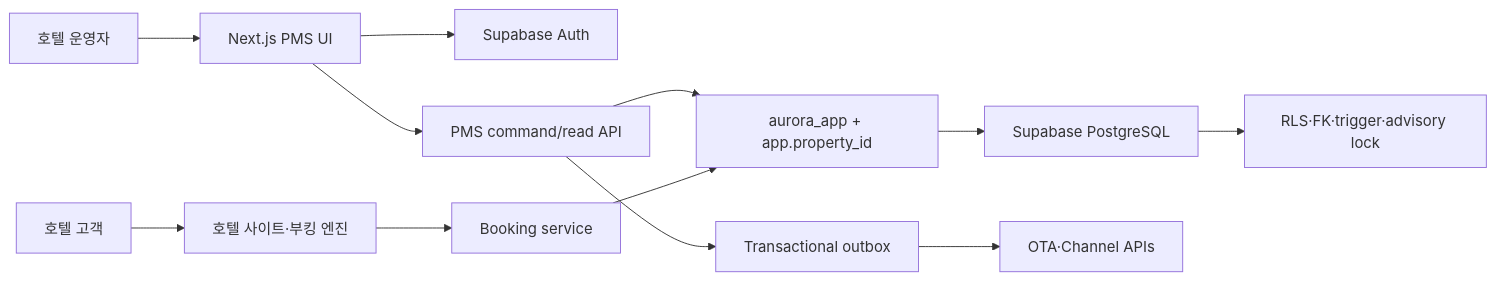
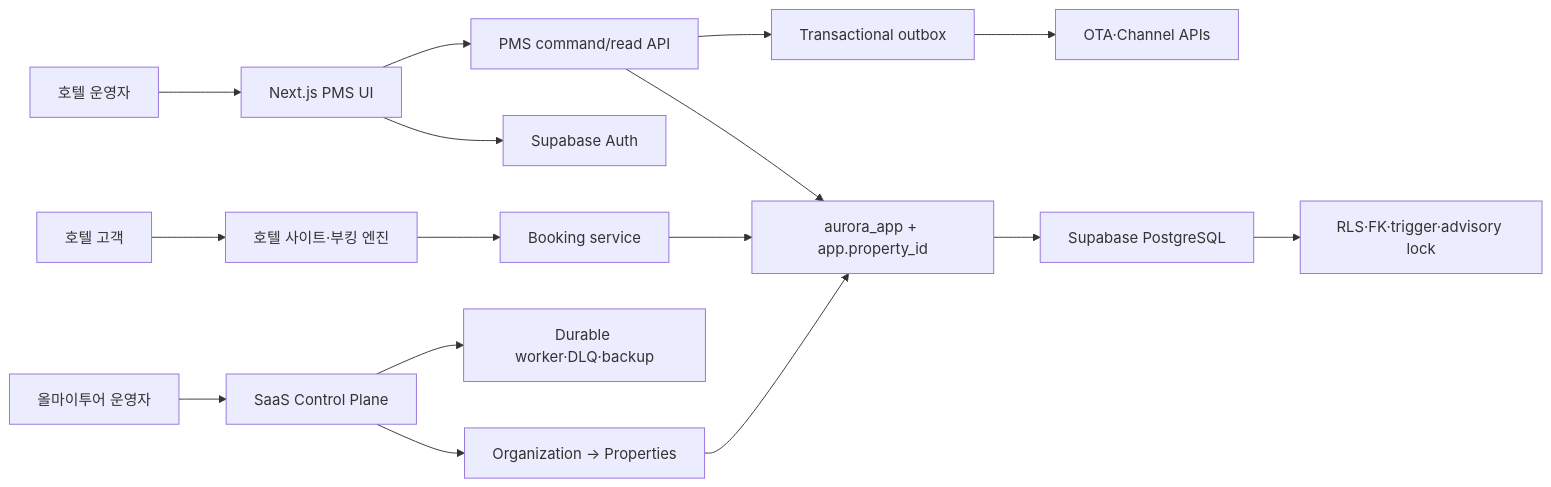
Before and after one commit to sksmsrkk-glitch/Aurora_PMS: the diagram in README.md, drawn with Mermaid. The commit also changed other lines of this file and 50 other files, not shown here.

Commit message:
feat: build multi-hotel SaaS control plane (#23)

````diff
--- a/README.md
+++ b/README.md
@@ -64,14 +71,18 @@
 ```mermaid
 flowchart LR
   Staff["호텔 운영자"] --> PMS["Next.js PMS UI"]
+  Operator["올마이투어 운영자"] --> CP["SaaS Control Plane"]
   Guest["호텔 고객"] --> Web["호텔 사이트·부킹 엔진"]
   PMS --> Auth["Supabase Auth"]
   PMS --> API["PMS command/read API"]
   Web --> Booking["Booking service"]
   API --> Scope["aurora_app + app.property_id"]
   Booking --> Scope
   Scope --> PG["Supabase PostgreSQL"]
   PG --> RLS["RLS·FK·trigger·advisory lock"]
+  CP --> Org["Organization → Properties"]
+  CP --> Worker["Durable worker·DLQ·backup"]
+  Org --> Scope
   API --> Outbox["Transactional outbox"]
   Outbox --> Channels["OTA·Channel APIs"]
 ```
````
